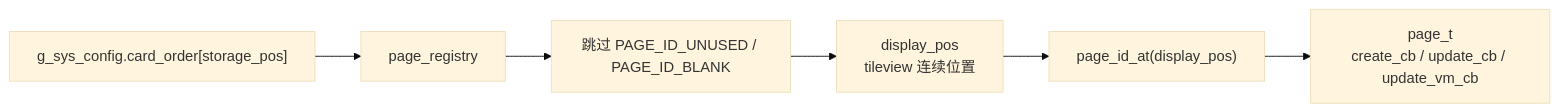
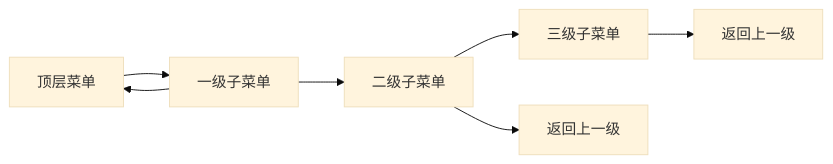
One commit to arexvision/lv_port_win_codeblocks-release-v8.3_hasGroup changed the fifth of 12 diagrams in UI_html_DOC/UI_STATE_LOGIC.md. Above: the diagram before and after it, drawn with Mermaid (base theme). The commit also changed other lines of this file, not shown here.

````diff
--- a/UI_html_DOC/UI_STATE_LOGIC.md
+++ b/UI_html_DOC/UI_STATE_LOGIC.md
@@ -219,8 +139,9 @@
 ```mermaid
 flowchart LR
-    CardOrder["g_sys_config.card_order[storage_pos]"] --> Registry["page_registry"]
-    Registry --> Compress["跳过 PAGE_ID_UNUSED / PAGE_ID_BLANK"]
-    Compress --> DisplayPos["display_pos<br/>tileview 连续位置"]
-    DisplayPos --> PageID["page_id_at(display_pos)"]
-    PageID --> PageObj["page_t<br/>create_cb / update_cb / update_vm_cb"]
+    Top["顶层菜单"] --> Sub1["一级子菜单"]
+    Sub1 --> Sub2["二级子菜单"]
+    Sub2 --> Sub3["三级子菜单"]
+    Sub3 --> Back2["返回上一级"]
+    Sub2 --> Back1["返回上一级"]
+    Sub1 --> Top
 ```
````
